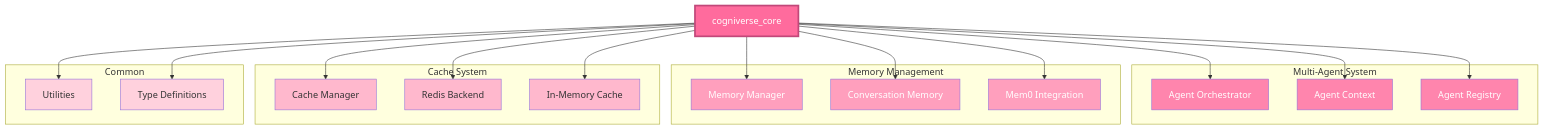
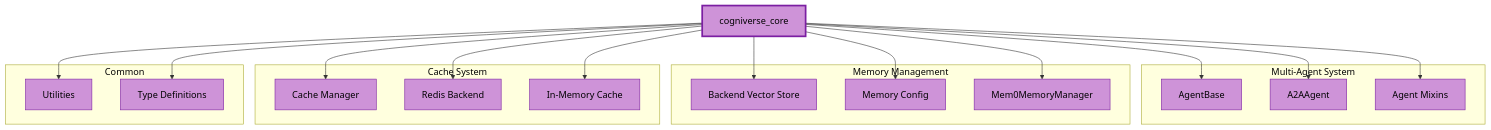
The fourth of 17 diagrams in docs/diagrams/sdk-architecture-diagrams.md (amit-jain/cogniverse), drawn with Mermaid before and after one commit. The commit also changed other lines of this file and 83 other files, not shown here.

First line of the commit message:
Fix documentation veracity, formatting, and diagrams across all modules

````diff
--- a/docs/diagrams/sdk-architecture-diagrams.md
+++ b/docs/diagrams/sdk-architecture-diagrams.md
@@ -207,52 +209,52 @@
 ```mermaid
-graph TB
-    CorePkg[cogniverse_core]
+flowchart TB
+    CorePkg["<span style='color:#000'>cogniverse_core</span>"]
 
-    subgraph "Multi-Agent System"
-        AgentOrchestrator[Agent Orchestrator]
-        AgentContext[Agent Context]
-        AgentRegistry[Agent Registry]
+    subgraph MultiAgent["<span style='color:#000'>Multi-Agent System</span>"]
+        AgentBase["<span style='color:#000'>AgentBase</span>"]
+        A2AAgent["<span style='color:#000'>A2AAgent</span>"]
+        AgentMixins["<span style='color:#000'>Agent Mixins</span>"]
     end
 
-    subgraph "Memory Management"
-        MemoryManager[Memory Manager]
-        ConversationMemory[Conversation Memory]
-        Mem0Integration[Mem0 Integration]
+    subgraph MemoryMgmt["<span style='color:#000'>Memory Management</span>"]
+        MemoryBackend["<span style='color:#000'>Backend Vector Store</span>"]
+        MemoryConfig["<span style='color:#000'>Memory Config</span>"]
+        Mem0MemoryManager["<span style='color:#000'>Mem0MemoryManager</span>"]
     end
 
-    subgraph "Cache System"
-        CacheManager[Cache Manager]
-        RedisBackend[Redis Backend]
-        InMemoryCache[In-Memory Cache]
+    subgraph CacheSys["<span style='color:#000'>Cache System</span>"]
+        CacheManager["<span style='color:#000'>Cache Manager</span>"]
+        RedisBackend["<span style='color:#000'>Redis Backend</span>"]
+        InMemoryCache["<span style='color:#000'>In-Memory Cache</span>"]
     end
 
-    subgraph "Common"
-        Utils[Utilities]
-        Types[Type Definitions]
+    subgraph Common["<span style='color:#000'>Common</span>"]
+        Utils["<span style='color:#000'>Utilities</span>"]
+        Types["<span style='color:#000'>Type Definitions</span>"]
     end
 
-    CorePkg --> AgentOrchestrator
-    CorePkg --> AgentContext
-    CorePkg --> AgentRegistry
-    CorePkg --> MemoryManager
-    CorePkg --> ConversationMemory
-    CorePkg --> Mem0Integration
+    CorePkg --> AgentBase
+    CorePkg --> A2AAgent
+    CorePkg --> AgentMixins
+    CorePkg --> MemoryBackend
+    CorePkg --> MemoryConfig
+    CorePkg --> Mem0MemoryManager
     CorePkg --> CacheManager
     CorePkg --> RedisBackend
     CorePkg --> InMemoryCache
     CorePkg --> Utils
     CorePkg --> Types
 
-    style CorePkg fill:#FF6B9D,stroke:#C1487A,stroke-width:3px,color:#fff
-    style AgentOrchestrator fill:#FF85AD,color:#fff
-    style AgentContext fill:#FF85AD,color:#fff
-    style AgentRegistry fill:#FF85AD,color:#fff
-    style MemoryManager fill:#FF9FBD,color:#fff
-    style ConversationMemory fill:#FF9FBD,color:#fff
-    style Mem0Integration fill:#FF9FBD,color:#fff
-    style CacheManager fill:#FFB8CD
-    style RedisBackend fill:#FFB8CD
-    style InMemoryCache fill:#FFB8CD
-    style Utils fill:#FFD1DD
-    style Types fill:#FFD1DD
+    style CorePkg fill:#ce93d8,stroke:#7b1fa2,stroke-width:3px,color:#000
+    style AgentBase fill:#ce93d8,stroke:#7b1fa2,color:#000
+    style A2AAgent fill:#ce93d8,stroke:#7b1fa2,color:#000
+    style AgentMixins fill:#ce93d8,stroke:#7b1fa2,color:#000
+    style MemoryBackend fill:#ce93d8,stroke:#7b1fa2,color:#000
+    style MemoryConfig fill:#ce93d8,stroke:#7b1fa2,color:#000
+    style Mem0MemoryManager fill:#ce93d8,stroke:#7b1fa2,color:#000
+    style CacheManager fill:#ce93d8,stroke:#7b1fa2,color:#000
+    style RedisBackend fill:#ce93d8,stroke:#7b1fa2,color:#000
+    style InMemoryCache fill:#ce93d8,stroke:#7b1fa2,color:#000
+    style Utils fill:#ce93d8,stroke:#7b1fa2,color:#000
+    style Types fill:#ce93d8,stroke:#7b1fa2,color:#000
 ```
````
